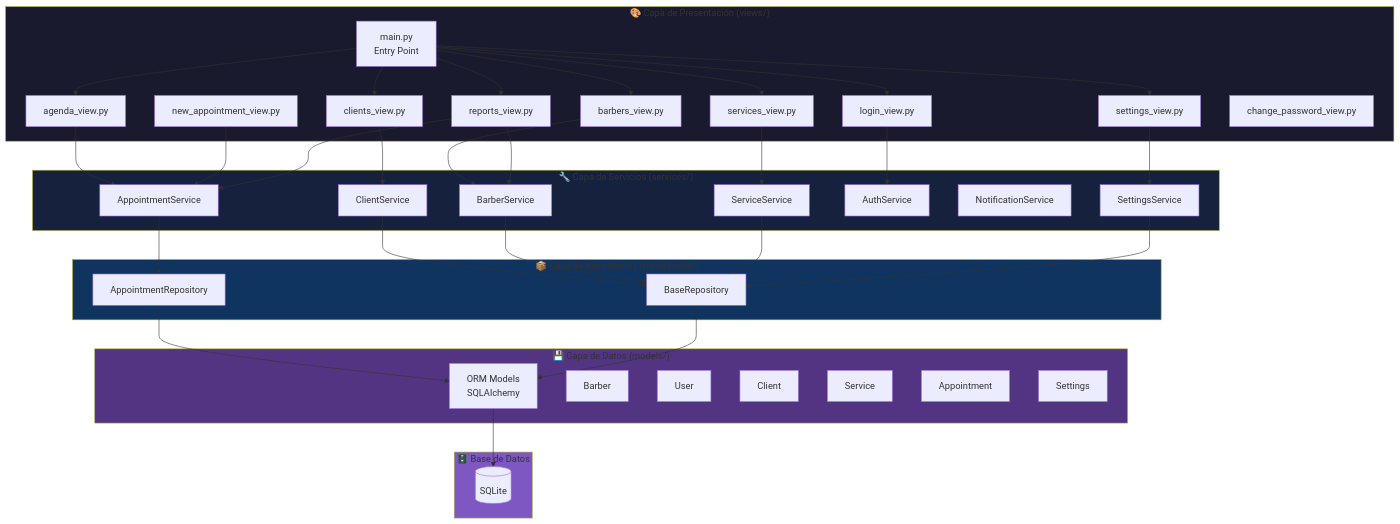
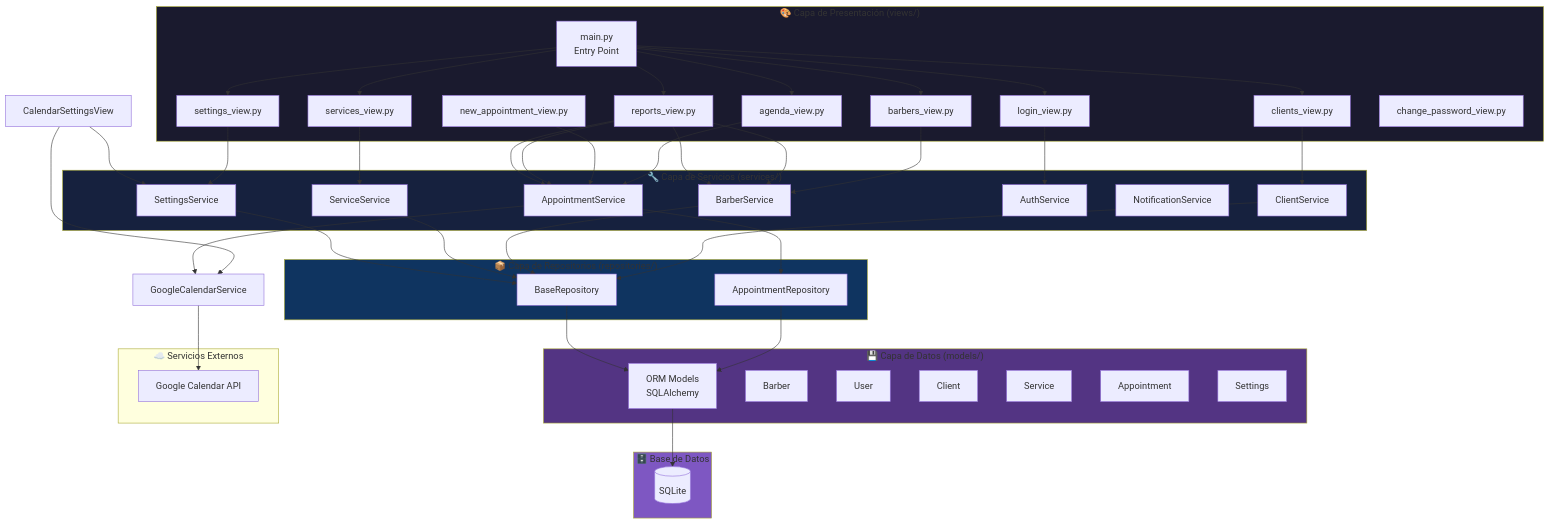
One commit to AlexisAcevedo/BarberManager changed the first of 5 diagrams in docs/arquitectura.md. Above: the diagram before and after it, drawn with Mermaid. The commit also changed other lines of this file and 9 other files, not shown here.

Commit message:
feat: Implement appointment management with Google Calendar integration, new sidebar, agenda view, and settings service.

```diff
--- a/docs/arquitectura.md
+++ b/docs/arquitectura.md
@@ -99,7 +99,18 @@
     Login --> AuthService
     Reports --> ApptService
     Reports --> BarberService
+    Reports --> ApptService
+    Reports --> BarberService
     Settings --> SettingsService
+    CalendarSettings[CalendarSettingsView] --> SettingsService
+    CalendarSettings --> GoogleCalendarService
+    
+    subgraph External["☁️ Servicios Externos"]
+        GCalAPI[Google Calendar API]
+    end
+    
+    GoogleCalendarService --> GCalAPI
+    ApptService --> GoogleCalendarService
     
     ApptService --> ApptRepo
     ClientService --> BaseRepo
```
